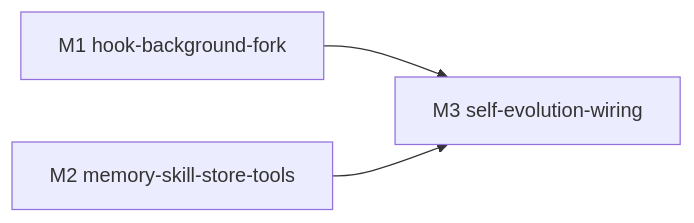
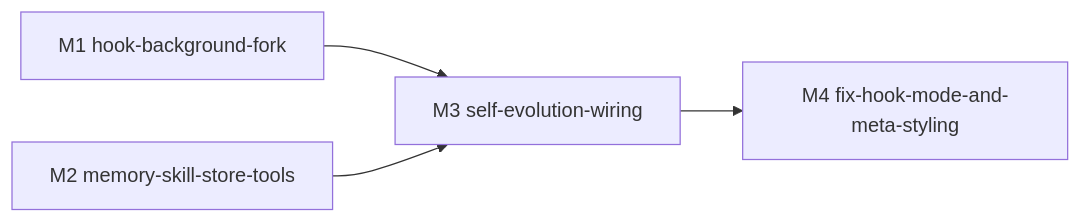
The second of 2 diagrams in docs/changes/feat-349-self-evolving-skills-memory/design.md (Mrchen116/nano-multiagent), drawn with Mermaid before and after one commit. The commit also changed other lines of this file, not shown here.

Commit message:
design(feat-349): 立 M4 fix milestone — round 1 验收 issue #1(hook mode)+#3(IM meta 样式)

````diff
--- a/docs/changes/feat-349-self-evolving-skills-memory/design.md
+++ b/docs/changes/feat-349-self-evolving-skills-memory/design.md
@@ -365,5 +365,6 @@
 ```mermaid
 graph LR
   M1[M1 hook-background-fork] --> M3[M3 self-evolution-wiring]
   M2[M2 memory-skill-store-tools] --> M3
+  M3 --> M4[M4 fix-hook-mode-and-meta-styling]
 ```
````
